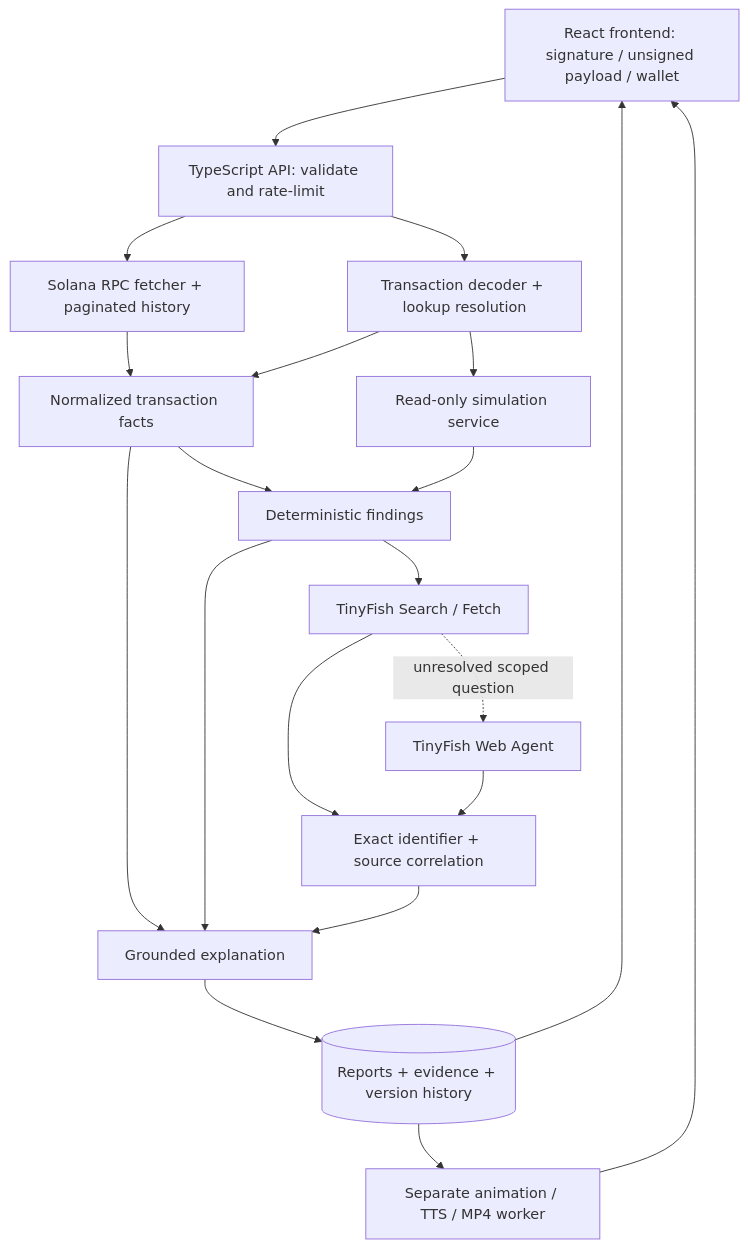
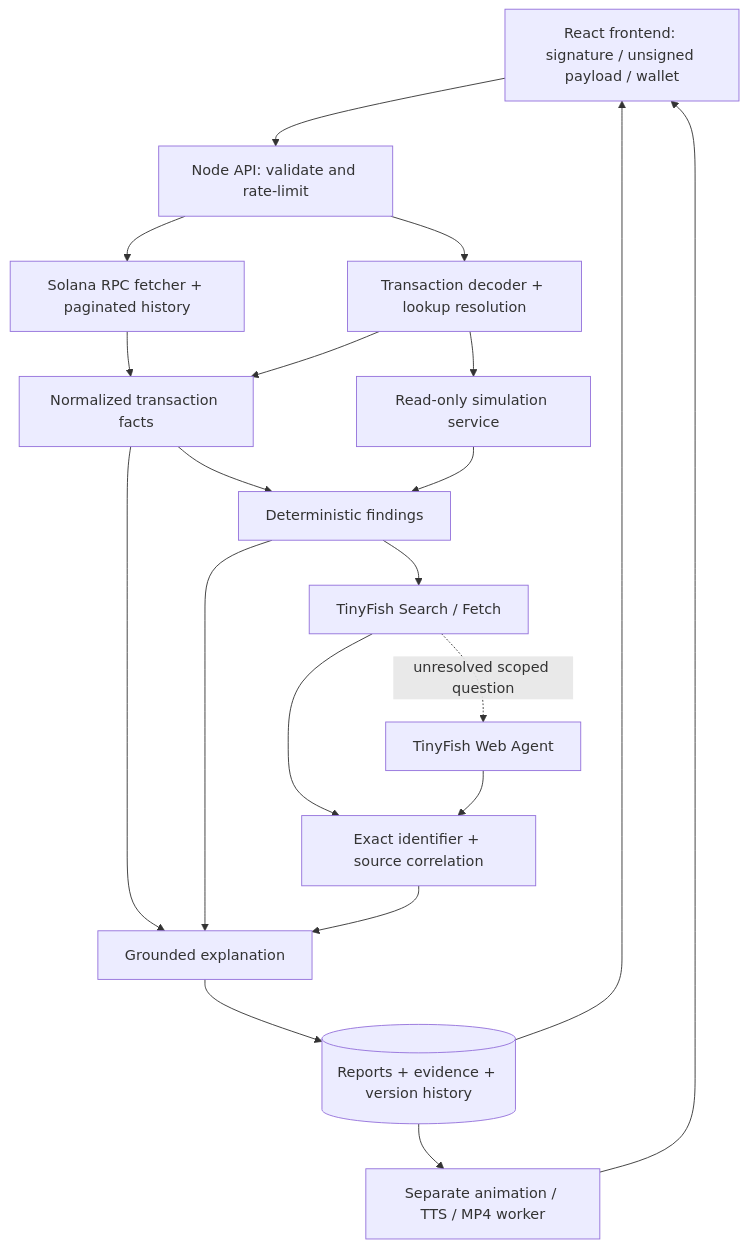
Before and after one commit to HansujaB/trustlens: the diagram in plan.md, drawn with Mermaid. The commit also changed other lines of this file and 33 other files, not shown here.

Commit message:
feat: connect live reports and document deployment architecture

````diff
--- a/plan.md
+++ b/plan.md
@@ -72,22 +73,22 @@
 ```mermaid
 flowchart TD
-  UI[React frontend: signature / unsigned payload / wallet] --> API[TypeScript API: validate and rate-limit]
+  UI[React frontend: signature / unsigned payload / wallet] --> API[Node API: validate and rate-limit]
   API --> FETCH[Solana RPC fetcher + paginated history]
   API --> DECODE[Transaction decoder + lookup resolution]
   FETCH --> MODEL[Normalized transaction facts]
   DECODE --> MODEL
   DECODE --> SIM[Read-only simulation service]
   MODEL --> RULES[Deterministic findings]
   SIM --> RULES
   RULES --> RESEARCH[TinyFish Search / Fetch]
   RESEARCH -. unresolved scoped question .-> AGENT[TinyFish Web Agent]
   RESEARCH --> CORRELATE[Exact identifier + source correlation]
   AGENT --> CORRELATE
   MODEL --> EXPLAIN[Grounded explanation]
   RULES --> EXPLAIN
   CORRELATE --> EXPLAIN
   EXPLAIN --> DB[(Reports + evidence + version history)]
   DB --> UI
   DB --> VIDEO[Separate animation / TTS / MP4 worker]
   VIDEO --> UI
 ```
````
